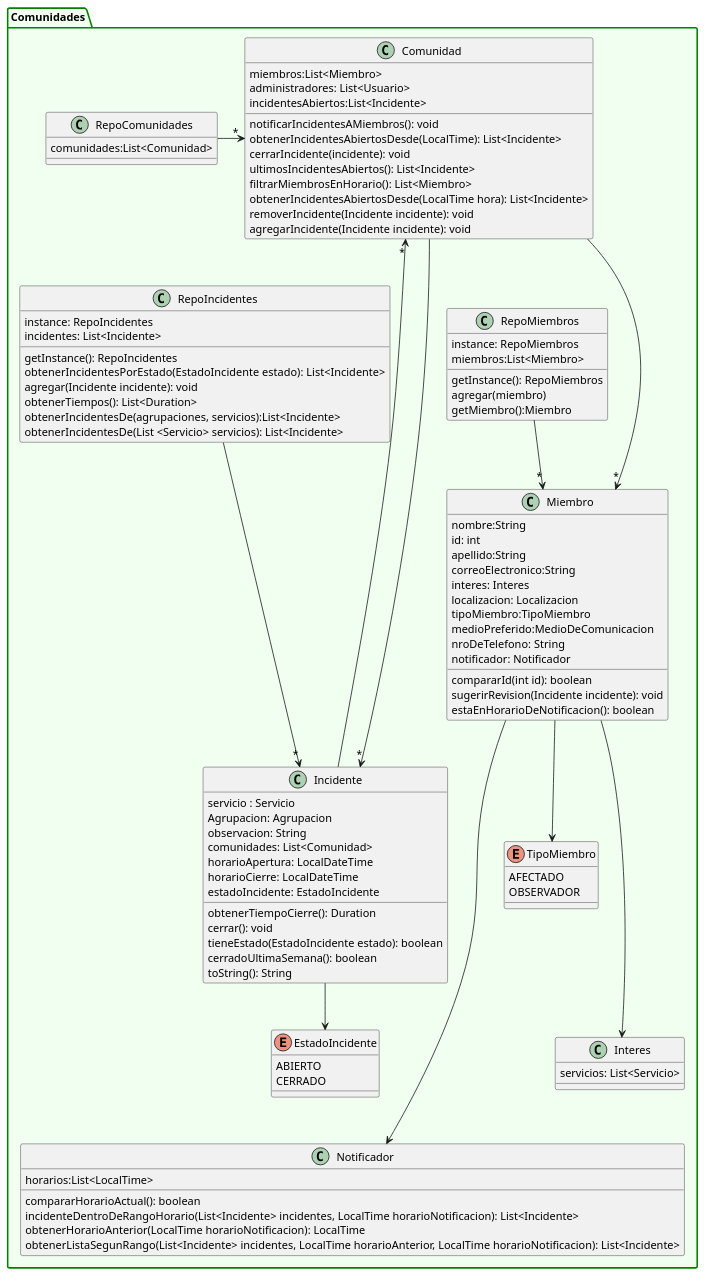
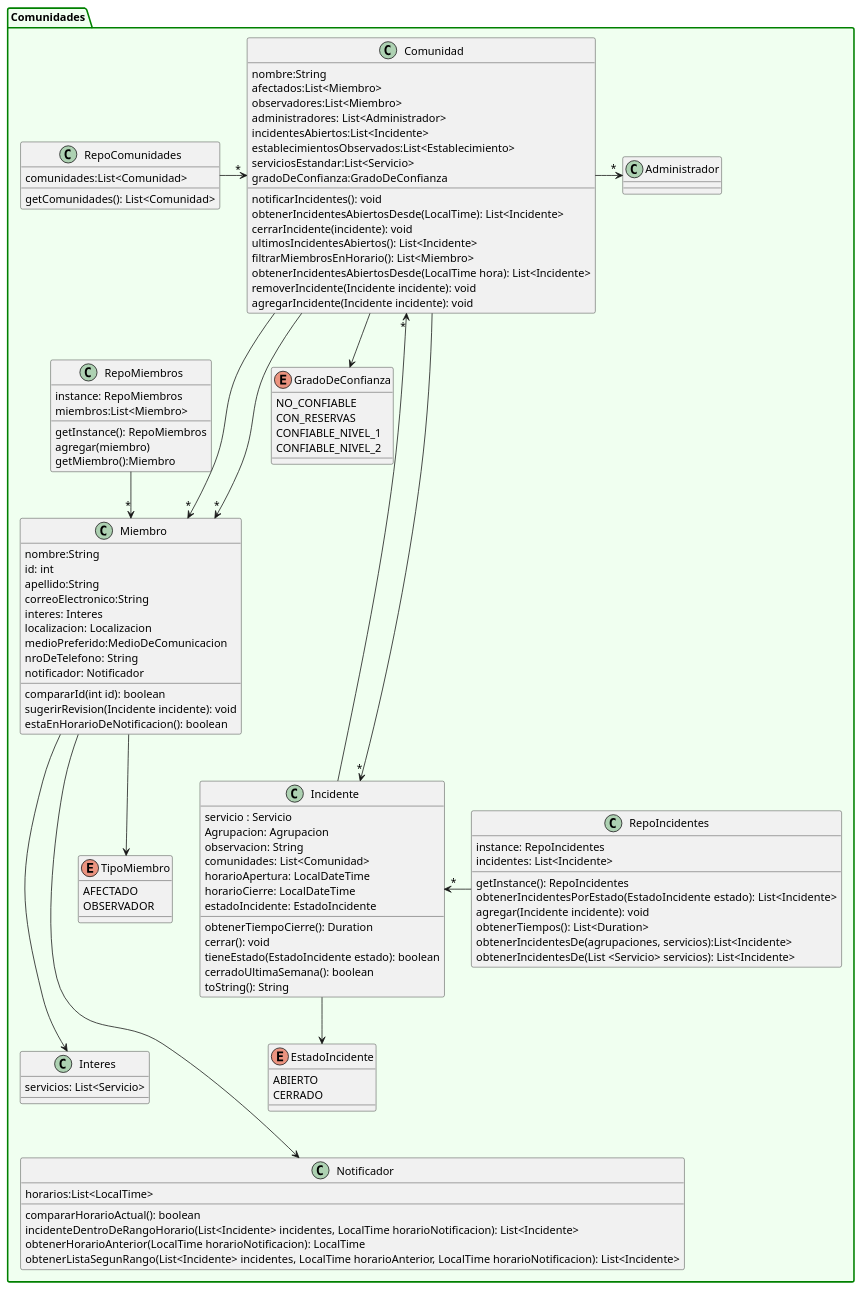
Before and after one commit to tomidandrea/TPA-DDS-2023: the diagram in Entrega-4/out/comunidades.puml, drawn with PlantUML. The commit also changed 4 other files, not shown here.

Commit message:
Actualizo el diagrama de clases Entrega-4

```diff
--- a/Entrega-4/out/comunidades.puml
+++ b/Entrega-4/out/comunidades.puml
@@ -1,108 +1,133 @@
 @startuml
 'https://plantuml.com/class-diagram
 package Comunidades #back:honeydew;line:Green;line.bold{
     class Comunidad{
-        miembros:List<Miembro>
-        administradores: List<Usuario>
+        nombre:String
+        afectados:List<Miembro>
+        observadores:List<Miembro>
+        administradores: List<Administrador>
         incidentesAbiertos:List<Incidente>
-        notificarIncidentesAMiembros(): void
+        establecimientosObservados:List<Establecimiento>
+        serviciosEstandar:List<Servicio>
+        gradoDeConfianza:GradoDeConfianza
+
+        notificarIncidentes(): void
         obtenerIncidentesAbiertosDesde(LocalTime): List<Incidente>
         cerrarIncidente(incidente): void
         ultimosIncidentesAbiertos(): List<Incidente>
         filtrarMiembrosEnHorario(): List<Miembro>
         obtenerIncidentesAbiertosDesde(LocalTime hora): List<Incidente>
         removerIncidente(Incidente incidente): void
         agregarIncidente(Incidente incidente): void
 
     }
 
     class RepoComunidades{
         comunidades:List<Comunidad>
+
+        getComunidades(): List<Comunidad>
     }
 
     class Notificador {
          horarios:List<LocalTime>
+
          compararHorarioActual(): boolean
          incidenteDentroDeRangoHorario(List<Incidente> incidentes, LocalTime horarioNotificacion): List<Incidente>
          obtenerHorarioAnterior(LocalTime horarioNotificacion): LocalTime
          obtenerListaSegunRango(List<Incidente> incidentes, LocalTime horarioAnterior, LocalTime horarioNotificacion): List<Incidente>
+    }
+
+    class Administrador{
     }
 
     class Miembro{
         nombre:String
         id: int
         apellido:String
         correoElectronico:String
         interes: Interes
         localizacion: Localizacion
-        tipoMiembro:TipoMiembro
         medioPreferido:MedioDeComunicacion
         nroDeTelefono: String
         notificador: Notificador
+
         compararId(int id): boolean
         sugerirRevision(Incidente incidente): void
         estaEnHorarioDeNotificacion(): boolean
     }
 
     enum TipoMiembro{
         AFECTADO
         OBSERVADOR
     }
 
     class RepoMiembros{
         instance: RepoMiembros
         miembros:List<Miembro>
+
         getInstance(): RepoMiembros
         agregar(miembro)
         getMiembro():Miembro
     }
 
     class Interes{
         servicios: List<Servicio>
     }
 
     class  Incidente{
         servicio : Servicio
         Agrupacion: Agrupacion
         observacion: String
         comunidades: List<Comunidad>
         horarioApertura: LocalDateTime
         horarioCierre: LocalDateTime
         estadoIncidente: EstadoIncidente
+
         obtenerTiempoCierre(): Duration
         cerrar(): void
         tieneEstado(EstadoIncidente estado): boolean
         cerradoUltimaSemana(): boolean
         toString(): String
     }
 
     class RepoIncidentes{
         instance: RepoIncidentes
         incidentes: List<Incidente>
+
         getInstance(): RepoIncidentes
         obtenerIncidentesPorEstado(EstadoIncidente estado):  List<Incidente>
         agregar(Incidente incidente): void
         obtenerTiempos(): List<Duration>
         obtenerIncidentesDe(agrupaciones, servicios):List<Incidente>
         obtenerIncidentesDe(List <Servicio> servicios): List<Incidente>
     }
 
     enum EstadoIncidente {
         ABIERTO
         CERRADO
     }
 
+    enum GradoDeConfianza {
+        NO_CONFIABLE
+        CON_RESERVAS
+        CONFIABLE_NIVEL_1
+        CONFIABLE_NIVEL_2
+    }
+
     Incidente-up-->"*"Comunidad
     Incidente-->EstadoIncidente
     Comunidad--down-->"*"Incidente
-    RepoIncidentes--->"*" Incidente
+    RepoIncidentes--left->"*" Incidente
     RepoMiembros -->"*" Miembro
+    Comunidad -down-->"*" Miembro
     Comunidad -down-->"*" Miembro
     RepoComunidades -right->"*" Comunidad
     Miembro-->TipoMiembro
     Miembro--down->Interes
     Miembro--down-->Notificador
+    Comunidad-->GradoDeConfianza
+    Comunidad --right->"*" Administrador
 }
 
 
 @enduml
```
